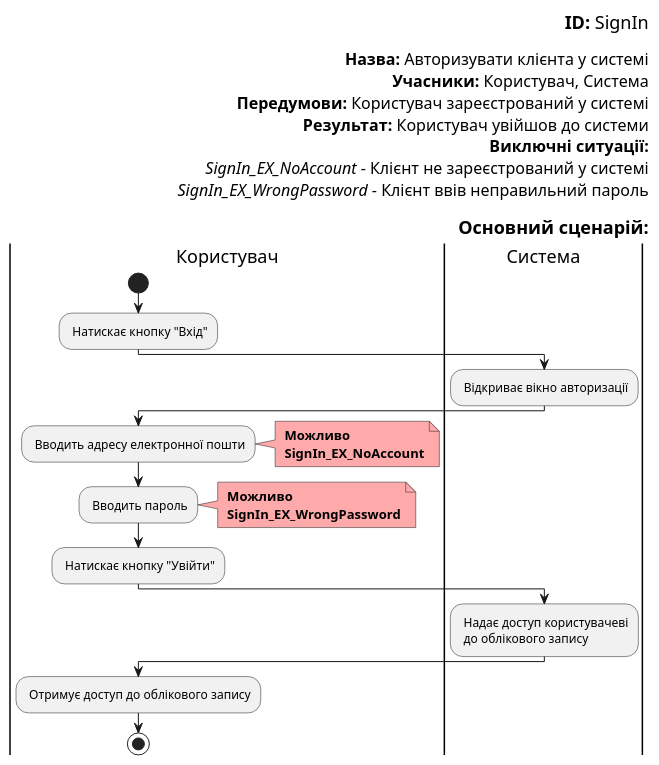
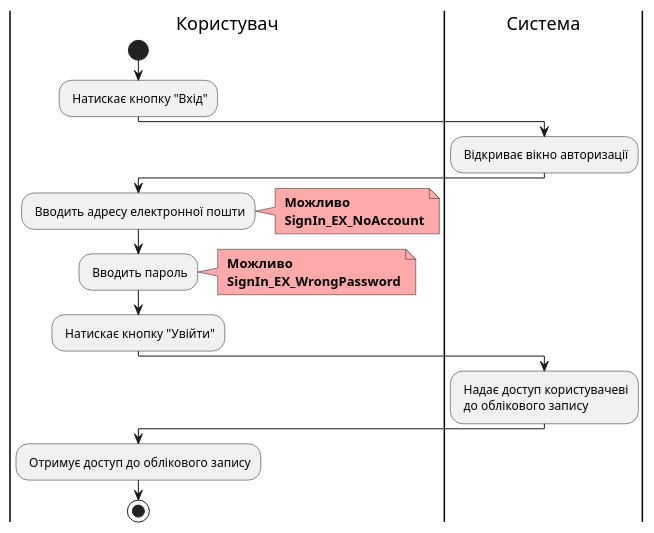
One commit to boldak/edu-db-cw changed the seventh of 19 diagrams in docs/use cases/README.md. Above: the diagram before and after it, drawn with PlantUML. The commit also changed other lines of this file, not shown here.

```diff
--- a/docs/use cases/README.md
+++ b/docs/use cases/README.md
@@ -346,48 +368,34 @@
 @startuml
-
-    right header        
-        <font color=000 size=18><b>ID:</b> SignIn
-
-        <font color=000 size=16><b>Назва:</b> Авторизувати клієнта у системі
-        <font color=000 size=16><b>Учасники:</b> Користувач, Система
-        <font color=000 size=16><b>Передумови:</b> Користувач зареєстрований у системі
-        <font color=000 size=16><b>Результат:</b> Користувач увійшов до системи
-        <font color=000 size=16><b>Виключні ситуації:</b>
-        <font color=000 size=16> <i>SignIn_EX_NoAccount</i> - Клієнт не зареєстрований у системі
-        <font color=000 size=16> <i>SignIn_EX_WrongPassword</i> - Клієнт ввів неправильний пароль
-        
-        <font color=000 size=18><b>Основний сценарій:</b>
-    end header
     
     |Користувач|
     start
     : Натискає кнопку "Вхід";
     
     |Система|
     : Відкриває вікно авторизації;
     
     |Користувач|
     : Вводить адресу електронної пошти;
     note right #ffaaaa
     <b> Можливо
     <b> SignIn_EX_NoAccount
     end note
         
     |Користувач|
     : Вводить пароль;
     note right #ffaaaa
     <b> Можливо
     <b> SignIn_EX_WrongPassword
     end note
     
     |Користувач|
     : Натискає кнопку "Увійти";
     
     |Система|
     : Надає доступ користувачеві\n до облікового запису;
     
     |Користувач|
     : Отримує доступ до облікового запису;
     stop;
     
 @enduml
```
